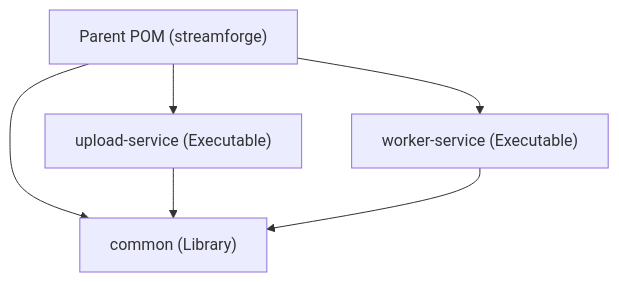
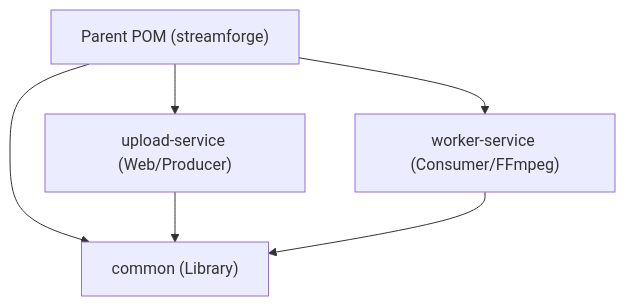
One commit to SAdreasgamer/StreamForge-Distributed-Media-Processing-Streaming-Platform changed the first of 2 diagrams in implementation_plan_phase2.md. Above: the diagram before and after it, drawn with Mermaid. The commit also changed other lines of this file and 68 other files, not shown here.

First line of the commit message:
refactor: decouple monolith into Maven multi-module architecture with Kafka

````diff
--- a/implementation_plan_phase2.md
+++ b/implementation_plan_phase2.md
@@ -35,13 +49,13 @@
 ```mermaid
 graph TD
     Parent["Parent POM (streamforge)"]
     Common["common (Library)"]
-    Upload["upload-service (Executable)"]
-    Worker["worker-service (Executable)"]
+    Upload["upload-service (Web/Producer)"]
+    Worker["worker-service (Consumer/FFmpeg)"]
 
     Parent --> Common
     Parent --> Upload
     Parent --> Worker
     Upload --> Common
     Worker --> Common
 ```
````
